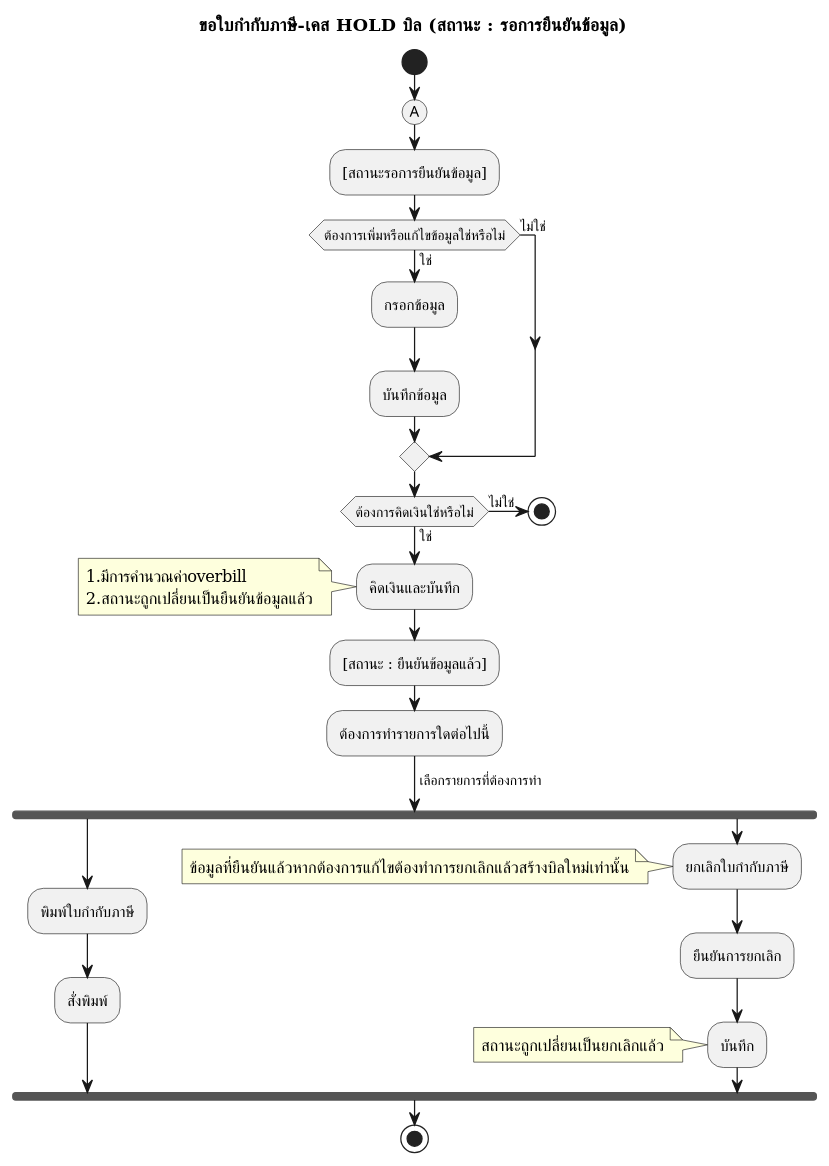
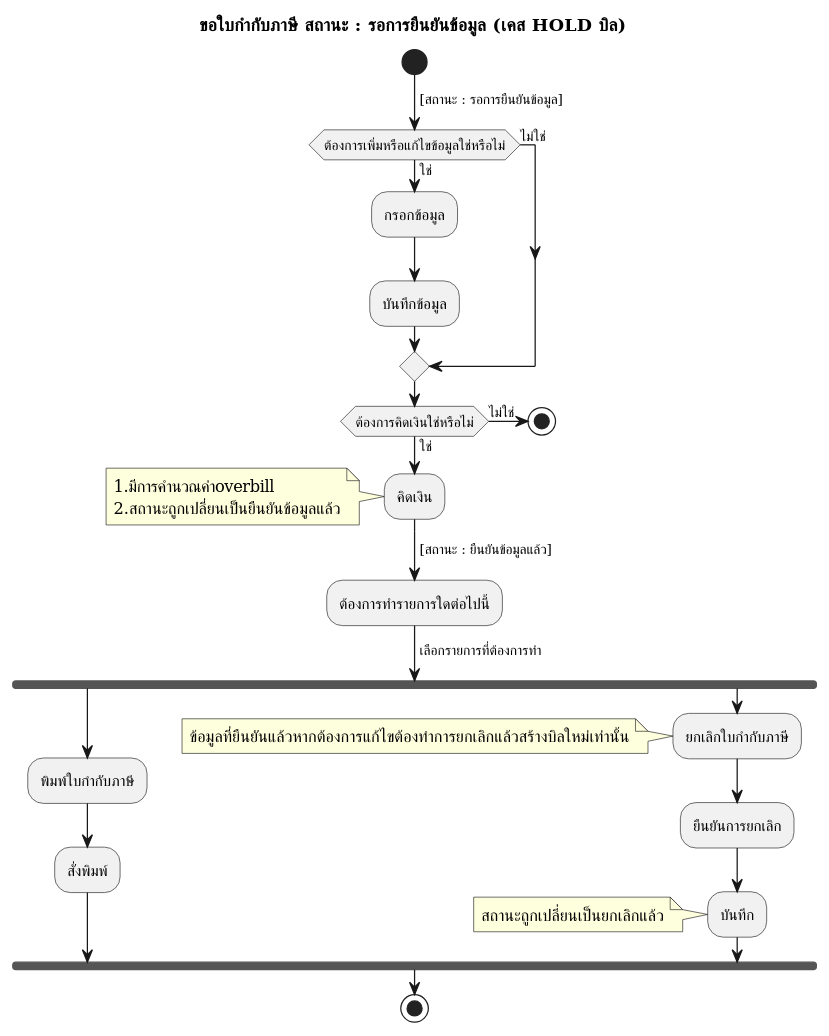
One commit to cheat13/Prompiman_Diagram changed the diagram in activity-diagram/Management/TaxInvoice_holdBill.md. Above: the diagram before and after it, drawn with PlantUML. The commit also changed 8 other files, not shown here.

```diff
--- a/activity-diagram/Management/TaxInvoice_holdBill.md
+++ b/activity-diagram/Management/TaxInvoice_holdBill.md
@@ -1,45 +1,44 @@
 @startuml
 start
 
-title ขอใบกำกับภาษี-เคส HOLD บิล (สถานะ : รอการยืนยันข้อมูล)
+title ขอใบกำกับภาษี สถานะ : รอการยืนยันข้อมูล (เคส HOLD บิล)
 
-(A)
-:[สถานะรอการยืนยันข้อมูล];
+->[สถานะ : รอการยืนยันข้อมูล];
 if(ต้องการเพิ่มหรือแก้ไขข้อมูลใช่หรือไม่)then(ใช่)
 :กรอกข้อมูล;
 :บันทึกข้อมูล;
 else(ไม่ใช่)
 endif
 
 if(ต้องการคิดเงินใช่หรือไม่)then(ใช่)
-:คิดเงินและบันทึก;
+:คิดเงิน;
 note left
 1.มีการคำนวณค่าoverbill
 2.สถานะถูกเปลี่ยนเป็นยืนยันข้อมูลแล้ว
 endnote
 else(ไม่ใช่) 
 stop
 endif
 
-:[สถานะ : ยืนยันข้อมูลแล้ว];
+->[สถานะ : ยืนยันข้อมูลแล้ว];
 
 :ต้องการทำรายการใดต่อไปนี้;
 ->เลือกรายการที่ต้องการทำ;
 
 fork
   :พิมพ์ใบกำกับภาษี;
   :สั่งพิมพ์;
 fork again
   :ยกเลิกใบกำกับภาษี;
   note left
   ข้อมูลที่ยืนยันแล้วหากต้องการแก้ไขต้องทำการยกเลิกแล้วสร้างบิลใหม่เท่านั้น
   endnote
   :ยืนยันการยกเลิก;
   :บันทึก;
   note left
   สถานะถูกเปลี่ยนเป็นยกเลิกแล้ว
   endnote
 end fork
 stop
 
 @enduml
```
